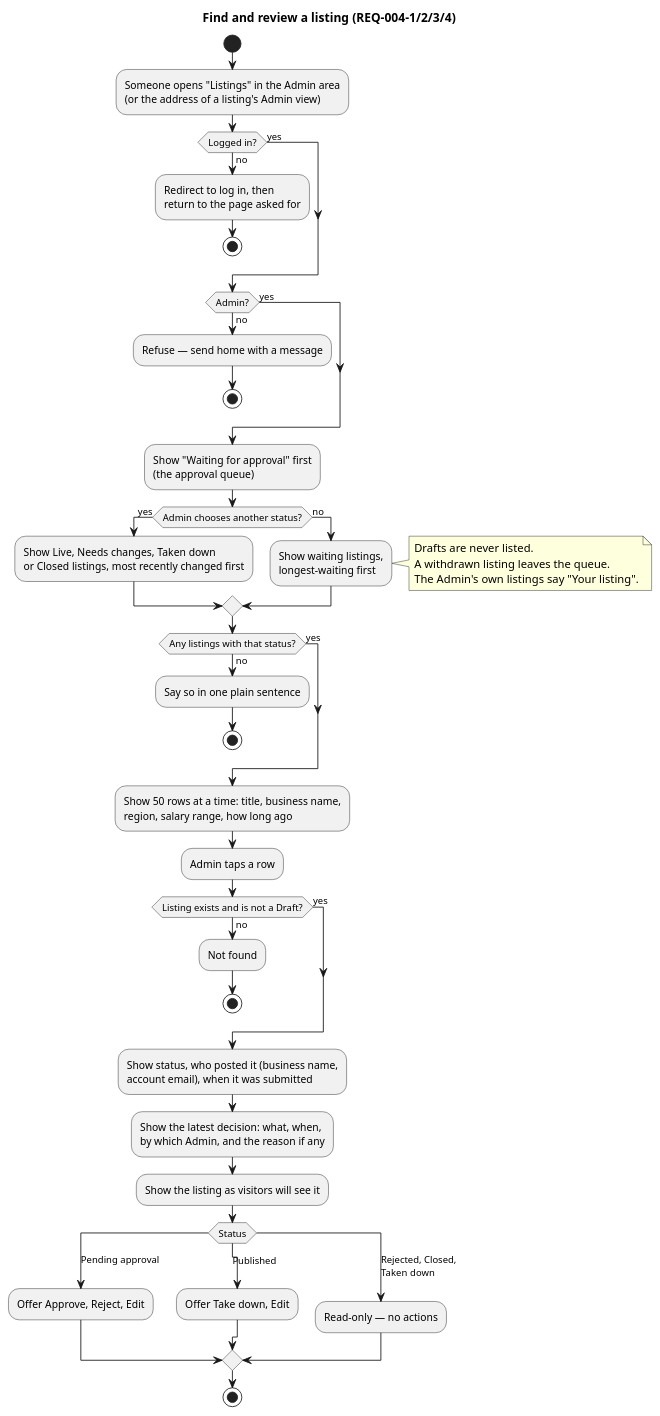
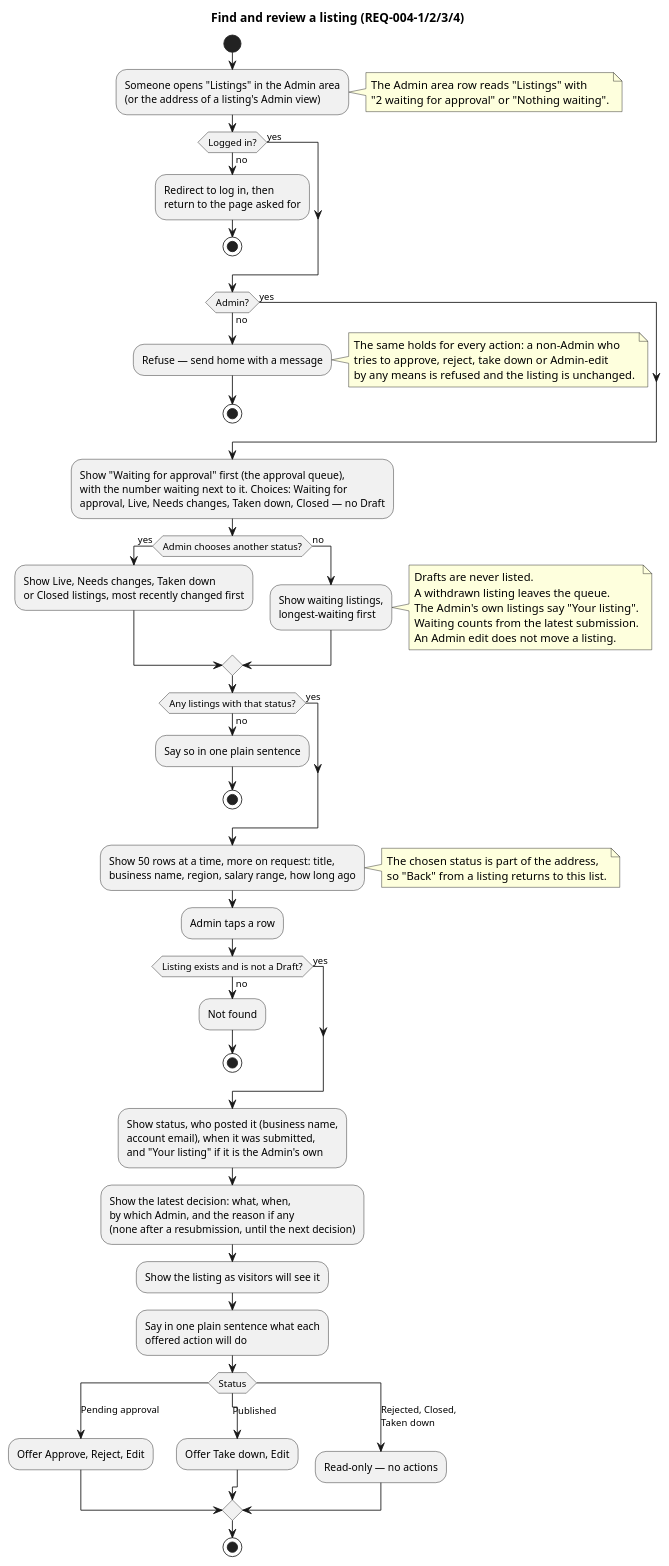
Before and after one commit to raseniero/jairojobs-elixir: the diagram in docs/specs/004-listings-admin-moderation/diagrams/activity-find-and-review.puml, drawn with PlantUML. The commit also changed 12 other files, not shown here.

Commit message:
docs(spec 004): align the six diagrams with the requirements after a scenario-by-scenario check

```diff
--- a/docs/specs/004-listings-admin-moderation/diagrams/activity-find-and-review.puml
+++ b/docs/specs/004-listings-admin-moderation/diagrams/activity-find-and-review.puml
@@ -1,60 +1,80 @@
 @startuml activity-find-and-review
 ' Spec 004 — who may moderate, the queue, listings by status, the Admin view (REQ-004-1, -2, -3, -4)
 title Find and review a listing (REQ-004-1/2/3/4)
 
 start
 :Someone opens "Listings" in the Admin area
 (or the address of a listing's Admin view);
+note right
+  The Admin area row reads "Listings" with
+  "2 waiting for approval" or "Nothing waiting".
+end note
 if (Logged in?) then (no)
   :Redirect to log in, then
   return to the page asked for;
   stop
 else (yes)
 endif
 if (Admin?) then (no)
   :Refuse — send home with a message;
+  note right
+    The same holds for every action: a non-Admin who
+    tries to approve, reject, take down or Admin-edit
+    by any means is refused and the listing is unchanged.
+  end note
   stop
 else (yes)
 endif
-:Show "Waiting for approval" first
-(the approval queue);
+:Show "Waiting for approval" first (the approval queue),
+with the number waiting next to it. Choices: Waiting for
+approval, Live, Needs changes, Taken down, Closed — no Draft;
 if (Admin chooses another status?) then (yes)
   :Show Live, Needs changes, Taken down
   or Closed listings, most recently changed first;
 else (no)
   :Show waiting listings,
   longest-waiting first;
   note right
     Drafts are never listed.
     A withdrawn listing leaves the queue.
     The Admin's own listings say "Your listing".
+    Waiting counts from the latest submission.
+    An Admin edit does not move a listing.
   end note
 endif
 if (Any listings with that status?) then (no)
   :Say so in one plain sentence;
   stop
 else (yes)
 endif
-:Show 50 rows at a time: title, business name,
-region, salary range, how long ago;
+:Show 50 rows at a time, more on request: title,
+business name, region, salary range, how long ago;
+note right
+  The chosen status is part of the address,
+  so "Back" from a listing returns to this list.
+end note
 :Admin taps a row;
 if (Listing exists and is not a Draft?) then (no)
   :Not found;
   stop
 else (yes)
 endif
 :Show status, who posted it (business name,
-account email), when it was submitted;
+account email), when it was submitted,
+and "Your listing" if it is the Admin's own;
 :Show the latest decision: what, when,
-by which Admin, and the reason if any;
+by which Admin, and the reason if any
+(none after a resubmission, until the next decision);
 :Show the listing as visitors will see it;
+:Say in one plain sentence what each
+offered action will do;
 switch (Status)
 case (Pending approval)
   :Offer Approve, Reject, Edit;
 case (Published)
   :Offer Take down, Edit;
 case (Rejected, Closed,\nTaken down)
   :Read-only — no actions;
 endswitch
 stop
 @enduml
```
